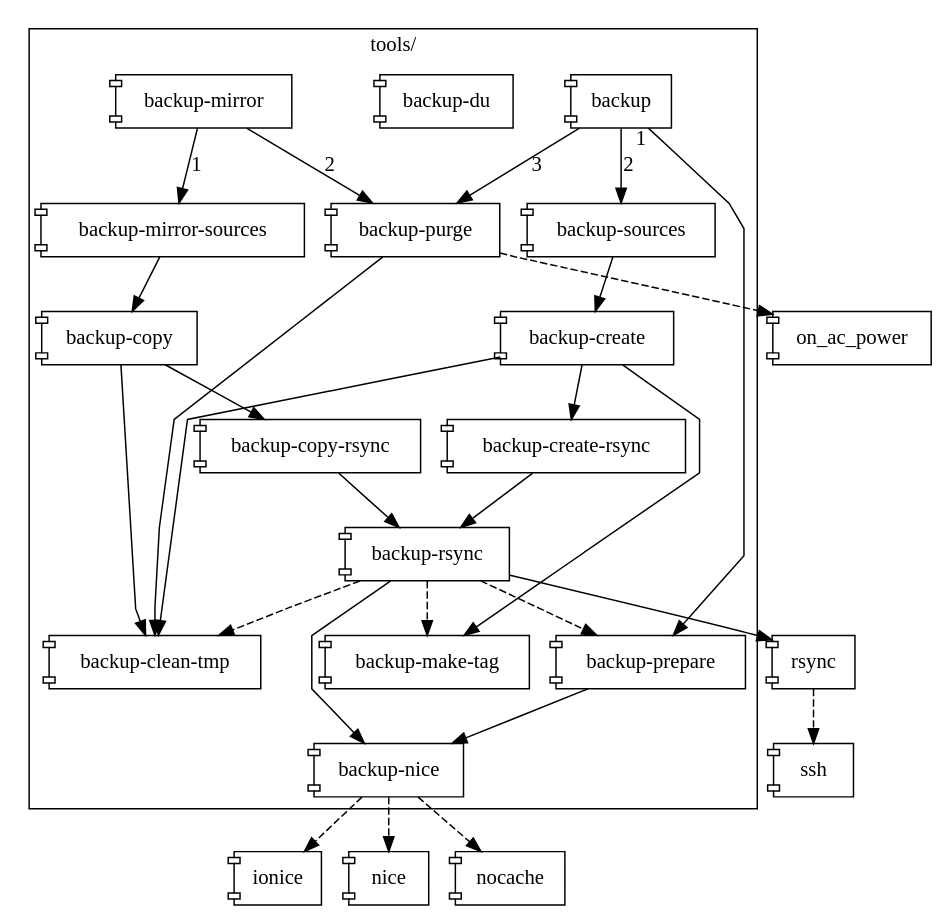
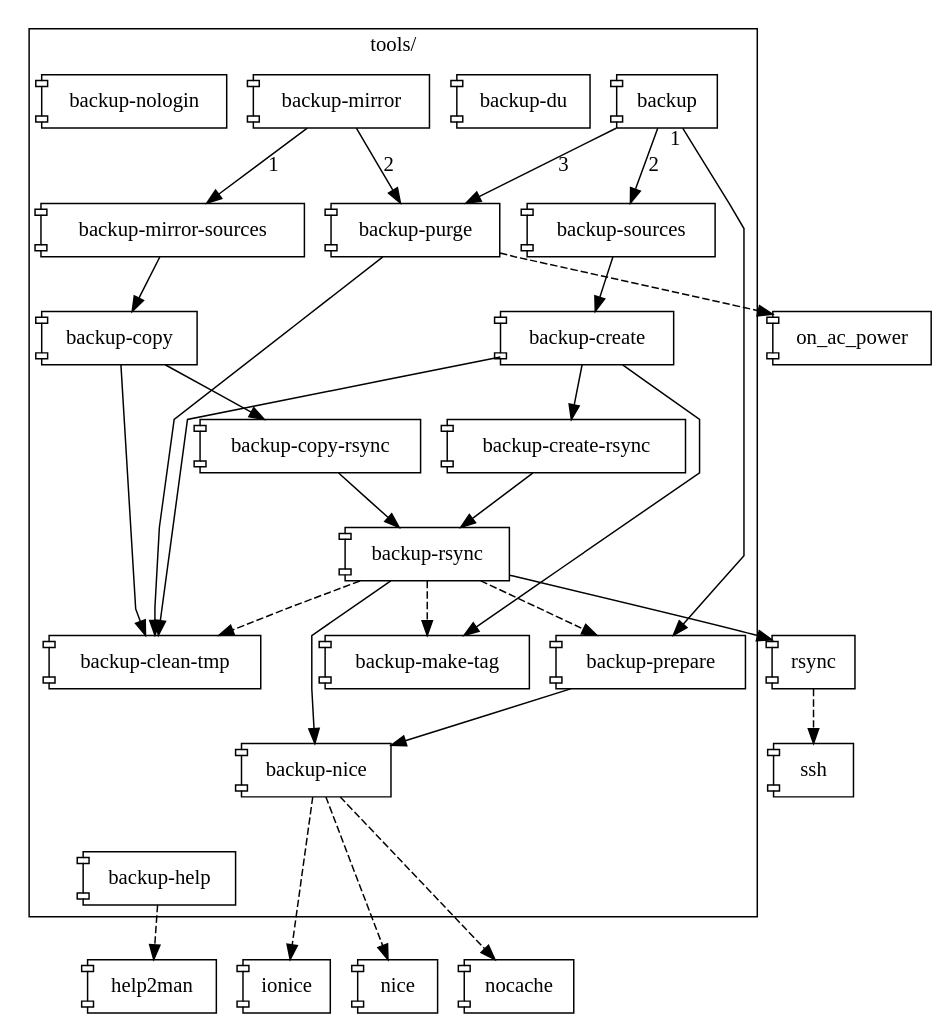
One commit to eehakkin/rsync-backup changed the diagram in tools/doc/backup-all.gv. Above: the diagram before and after it, drawn with Graphviz. The commit also changed 19 other files, not shown here.

Commit message:
Added backup-help.

```diff
--- a/tools/doc/backup-all.gv
+++ b/tools/doc/backup-all.gv
@@ -1,35 +1,38 @@
 digraph "rsync-backup" {
 	graph	[ splines = polyline ]
 	node	[ shape = component, target = "_parent" ]
 	subgraph "cluster:tools" {
 		graph	[ label = "tools/" ]
 		node	[ URL = "../#\N" ]
 		"backup"		-> "backup-prepare"		[ taillabel = 1 ]
 		"backup"		-> "backup-sources"		[ label = 2 ]
 		"backup"		-> "backup-purge"		[ label = 3 ]
 		"backup-copy"		-> "backup-clean-tmp"
 		"backup-copy"		-> "backup-copy-rsync"
 		"backup-copy-rsync"	-> "backup-rsync"
-		"backup-du"
 		"backup-create"		-> "backup-clean-tmp"
 		"backup-create"		-> "backup-create-rsync"
 		"backup-create"		-> "backup-make-tag"
 		"backup-create-rsync"	-> "backup-rsync"
+		"backup-du"
 		"backup-mirror"		-> "backup-mirror-sources"	[ label = 1 ]
 		"backup-mirror"		-> "backup-purge"		[ label = 2 ]
 		"backup-mirror-sources"	-> "backup-copy"
+		"backup-nice"		-> "backup-help"		[ style = invis ]
+		"backup-nologin"
 		"backup-prepare"	-> "backup-nice"
 		"backup-purge"		-> "backup-clean-tmp"
 		"backup-rsync"		-> "backup-clean-tmp"		[ style = dashed ]
 		"backup-rsync"		-> "backup-make-tag"		[ style = dashed ]
 		"backup-rsync"		-> "backup-nice"		[ minlen = 2 ]
 		"backup-rsync"		-> "backup-prepare"		[ style = dashed ]
 		"backup-sources"	-> "backup-create"
 	}
-	"backup-nice"	-> "ionice"		[ style = dashed ]
-	"backup-nice"	-> "nice"		[ style = dashed ]
-	"backup-nice"	-> "nocache"		[ style = dashed ]
+	"backup-help"	-> "help2man"		[ style = dashed ]
+	"backup-nice"	-> "ionice"		[ minlen = 2, style = dashed ]
+	"backup-nice"	-> "nice"		[ minlen = 2, style = dashed ]
+	"backup-nice"	-> "nocache"		[ minlen = 2, style = dashed ]
 	"backup-purge"	-> "on_ac_power"	[ style = dashed ]
 	"backup-rsync"	-> "rsync"
 	"rsync"		-> "ssh"		[ style = dashed ]
 }
```
